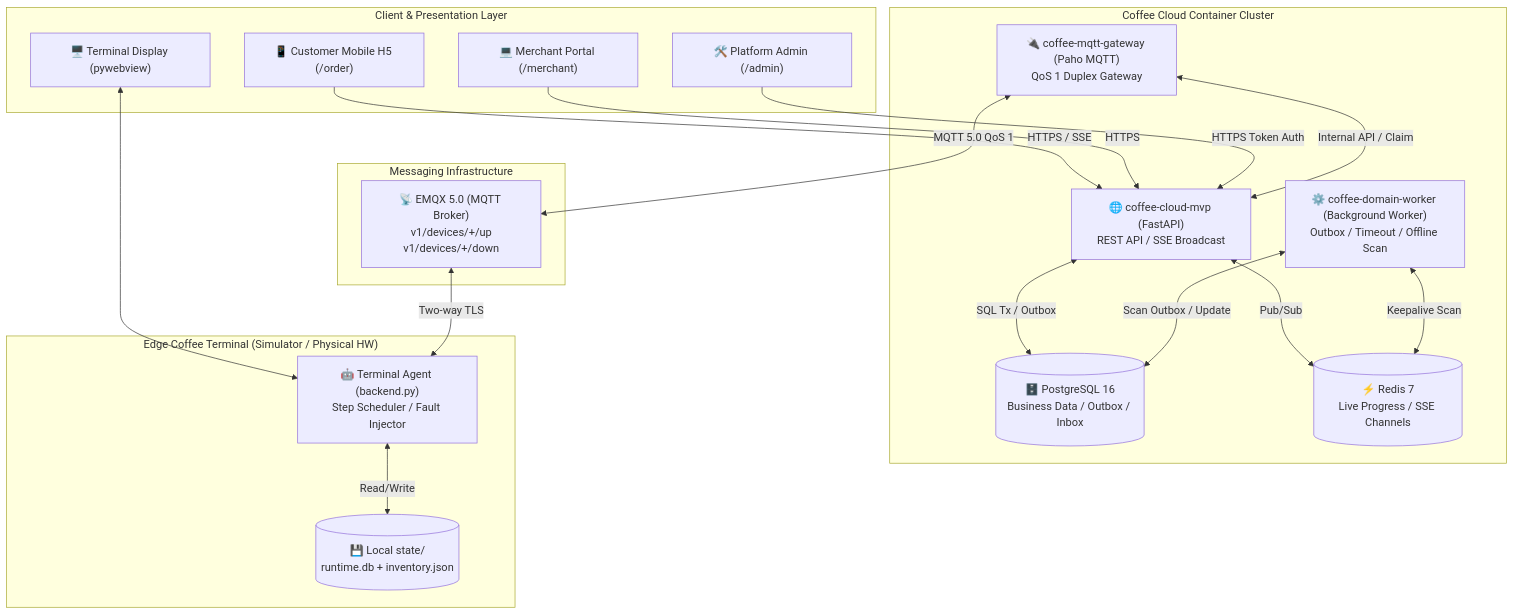
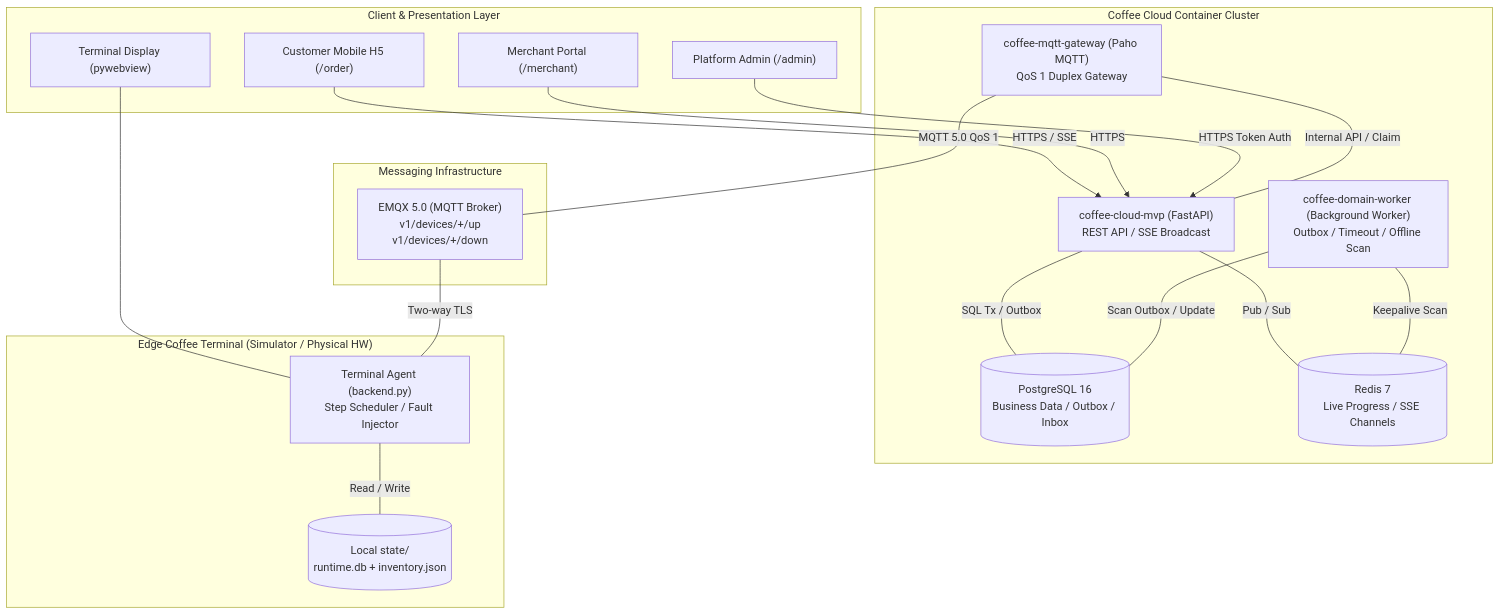
Before and after one commit to woodbridgehi/coffee-cloud-mvp: the first of 3 diagrams in README.md, drawn with Mermaid. The commit also changed other lines of this file and 1 other file, not shown here.

Commit message:
fix(docs): format Mermaid diagrams for strict GitHub renderer compatibility

````diff
--- a/README.md
+++ b/README.md
@@ -38,42 +38,42 @@
 ```mermaid
 flowchart TB
-    subgraph ClientLayer ["Client & Presentation Layer"]
-        Customer["📱 Customer Mobile H5 (/order)"]
-        Screen["🖥️ Terminal Display (pywebview)"]
-        Merchant["💻 Merchant Portal (/merchant)"]
-        Admin["🛠️ Platform Admin (/admin)"]
+    subgraph ClientLayer["Client & Presentation Layer"]
+        Customer["Customer Mobile H5 (/order)"]
+        Screen["Terminal Display (pywebview)"]
+        Merchant["Merchant Portal (/merchant)"]
+        Admin["Platform Admin (/admin)"]
     end
 
-    subgraph CloudLayer ["Coffee Cloud Container Cluster"]
-        API["🌐 coffee-cloud-mvp (FastAPI)\nREST API / SSE Broadcast"]
-        Gateway["🔌 coffee-mqtt-gateway (Paho MQTT)\nQoS 1 Duplex Gateway"]
-        Worker["⚙️ coffee-domain-worker (Background Worker)\nOutbox / Timeout / Offline Scan"]
+    subgraph CloudLayer["Coffee Cloud Container Cluster"]
+        API["coffee-cloud-mvp (FastAPI)<br/>REST API / SSE Broadcast"]
+        Gateway["coffee-mqtt-gateway (Paho MQTT)<br/>QoS 1 Duplex Gateway"]
+        Worker["coffee-domain-worker (Background Worker)<br/>Outbox / Timeout / Offline Scan"]
         
-        DB[(🗄️ PostgreSQL 16\nBusiness Data / Outbox / Inbox)]
-        Redis[(⚡ Redis 7\nLive Progress / SSE Channels)]
+        DB[("PostgreSQL 16<br/>Business Data / Outbox / Inbox")]
+        Redis[("Redis 7<br/>Live Progress / SSE Channels")]
     end
 
-    subgraph BrokerLayer ["Messaging Infrastructure"]
-        EMQX["📡 EMQX 5.0 (MQTT Broker)\nv1/devices/+/up\nv1/devices/+/down"]
+    subgraph BrokerLayer["Messaging Infrastructure"]
+        EMQX["EMQX 5.0 (MQTT Broker)<br/>v1/devices/+/up<br/>v1/devices/+/down"]
     end
 
-    subgraph EdgeLayer ["Edge Coffee Terminal (Simulator / Physical HW)"]
-        EdgeAgent["🤖 Terminal Agent (backend.py)\nStep Scheduler / Fault Injector"]
-        EdgeDB[(💾 Local state/\nruntime.db + inventory.json)]
+    subgraph EdgeLayer["Edge Coffee Terminal (Simulator / Physical HW)"]
+        EdgeAgent["Terminal Agent (backend.py)<br/>Step Scheduler / Fault Injector"]
+        EdgeDB[("Local state/<br/>runtime.db + inventory.json")]
     end
 
-    Customer -->|HTTPS / SSE| API
-    Merchant -->|HTTPS| API
-    Admin -->|HTTPS Token Auth| API
-    Screen <--> EdgeAgent
+    Customer -->|"HTTPS / SSE"| API
+    Merchant -->|"HTTPS"| API
+    Admin -->|"HTTPS Token Auth"| API
+    Screen --- EdgeAgent
 
-    API <-->|SQL Tx / Outbox| DB
-    API <-->|Pub/Sub| Redis
-    Worker <-->|Scan Outbox / Update| DB
-    Worker <-->|Keepalive Scan| Redis
+    API ---|"SQL Tx / Outbox"| DB
+    API ---|"Pub / Sub"| Redis
+    Worker ---|"Scan Outbox / Update"| DB
+    Worker ---|"Keepalive Scan"| Redis
 
-    Gateway <-->|Internal API / Claim| API
-    Gateway <-->|MQTT 5.0 QoS 1| EMQX
-    EMQX <-->|Two-way TLS| EdgeAgent
-    EdgeAgent <-->|Read/Write| EdgeDB
+    Gateway ---|"Internal API / Claim"| API
+    Gateway ---|"MQTT 5.0 QoS 1"| EMQX
+    EMQX ---|"Two-way TLS"| EdgeAgent
+    EdgeAgent ---|"Read / Write"| EdgeDB
 ```
````
